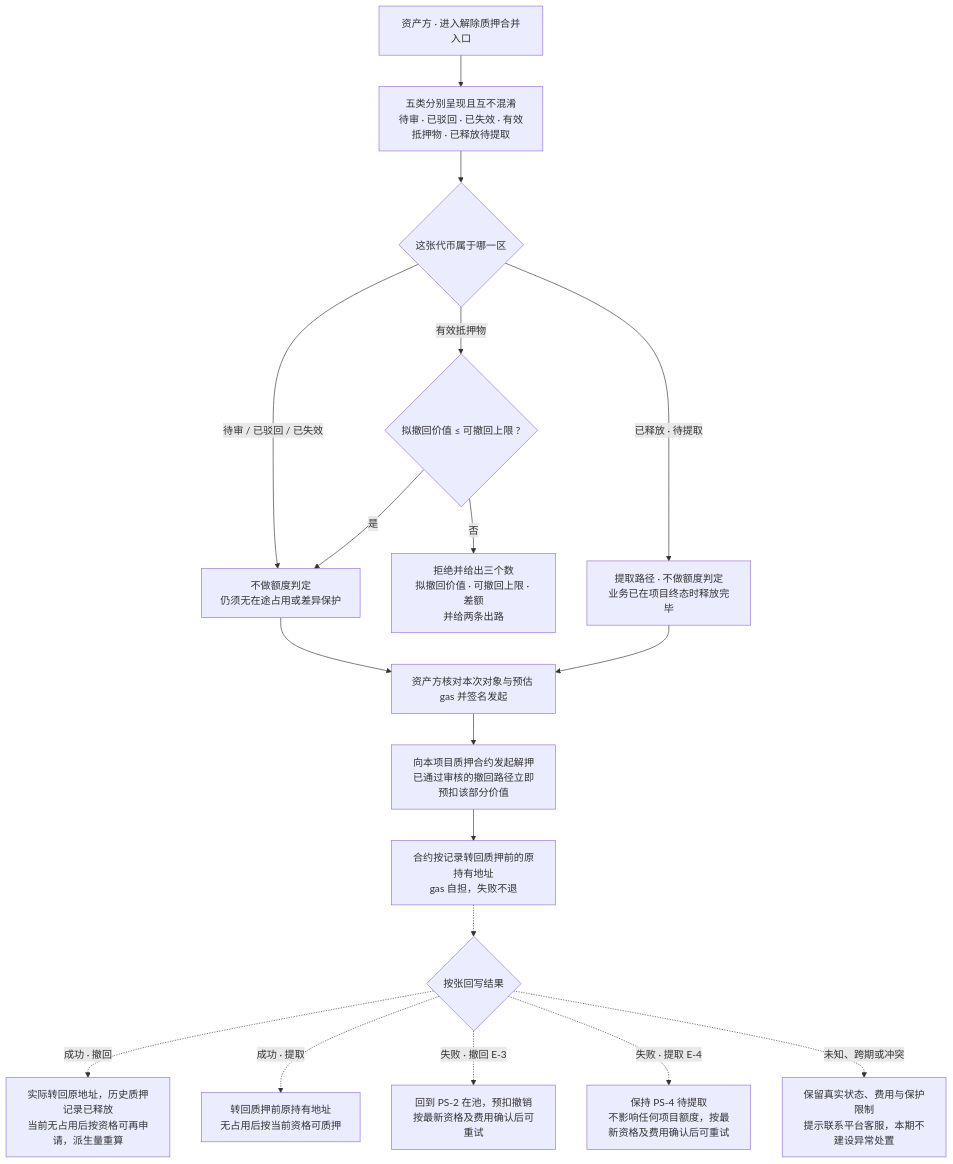
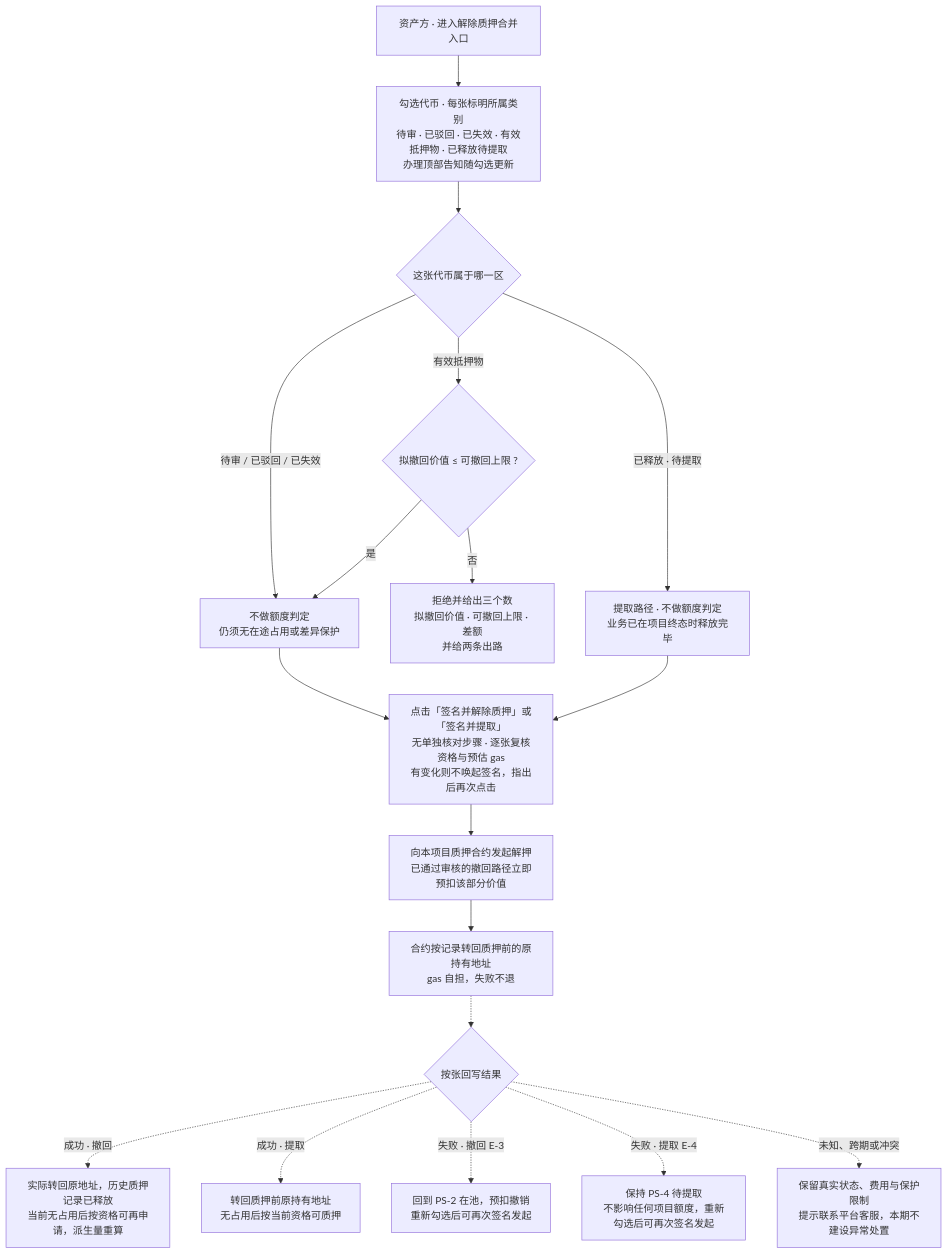
Before and after one commit to wxblockchain/Chain-Financing: the third of 10 diagrams in lending-platform/PRD/面客端/05-借贷广场-融资需求与代币质押/02-融资需求与代币质押-流程图与状态机.md, drawn with Mermaid. The commit also changed other lines of this file and 1 other file, not shown here.

Commit message:
docs(WS-397): one-step "sign and release" / "sign and collect", Q-LS-14 for the publish-stage available amount
- D-LS-70: release and collection follow the pledge pattern. Picking tokens and
  signing happen in one step; the notice at the top carries selection, gas,
  target contract, return address and, before closure, the live limit check.
  Over-limit shows the three figures and two ways out. The frequent-operation
  hint stays. An eligibility change pauses before signing. A limit shortfall on
  valid collateral never blocks the other categories.
- AC-LS-36 reworded; AC-LS-166~168 added; release flowchart and the shared
  handling flow aligned.
- Q-LS-14 (pending user ruling): V5 shows the available amount in the publish
  stage, which F-LS-18 currently keeps off the permanent view.

````diff
--- a/lending-platform/PRD/面客端/05-借贷广场-融资需求与代币质押/02-融资需求与代币质押-流程图与状态机.md
+++ b/lending-platform/PRD/面客端/05-借贷广场-融资需求与代币质押/02-融资需求与代币质押-流程图与状态机.md
@@ -101,20 +101,20 @@
 ```mermaid
 flowchart TD
-  A["资产方 · 进入解除质押合并入口"] --> B["五类分别呈现且互不混淆<br/>待审 · 已驳回 · 已失效 · 有效抵押物 · 已释放待提取"]
+  A["资产方 · 进入解除质押合并入口"] --> B["勾选代币 · 每张标明所属类别<br/>待审 · 已驳回 · 已失效 · 有效抵押物 · 已释放待提取<br/>办理顶部告知随勾选更新"]
   B --> C{"这张代币属于哪一区"}
   C -- "待审 / 已驳回 / 已失效" --> D["不做额度判定<br/>仍须无在途占用或差异保护"]
   C -- "有效抵押物" --> E{"拟撤回价值 ≤ 可撤回上限 ?"}
   E -- "否" --> F["拒绝并给出三个数<br/>拟撤回价值 · 可撤回上限 · 差额<br/>并给两条出路"]
   E -- "是" --> D
   C -- "已释放 · 待提取" --> G["提取路径 · 不做额度判定<br/>业务已在项目终态时释放完毕"]
-  D --> CONF["资产方核对本次对象与预估 gas 并签名发起"]
+  D --> CONF["点击「签名并解除质押」或「签名并提取」<br/>无单独核对步骤 · 逐张复核资格与预估 gas<br/>有变化则不唤起签名，指出后再次点击"]
   CONF --> H["向本项目质押合约发起解押<br/>已通过审核的撤回路径立即预扣该部分价值"]
   G --> CONF
   H --> I["合约按记录转回质押前的原持有地址<br/>gas 自担，失败不退"]
   I -.-> J{"按张回写结果"}
   J -. "成功 · 撤回" .-> K["实际转回原地址，历史质押记录已释放<br/>当前无占用后按资格可再申请，派生量重算"]
   J -. "成功 · 提取" .-> L["转回质押前原持有地址<br/>无占用后按当前资格可质押"]
-  J -. "失败 · 撤回 E-3" .-> M["回到 PS-2 在池，预扣撤销<br/>按最新资格及费用确认后可重试"]
-  J -. "失败 · 提取 E-4" .-> N["保持 PS-4 待提取<br/>不影响任何项目额度，按最新资格及费用确认后可重试"]
+  J -. "失败 · 撤回 E-3" .-> M["回到 PS-2 在池，预扣撤销<br/>重新勾选后可再次签名发起"]
+  J -. "失败 · 提取 E-4" .-> N["保持 PS-4 待提取<br/>不影响任何项目额度，重新勾选后可再次签名发起"]
   J -. "未知、跨期或冲突" .-> O["保留真实状态、费用与保护限制<br/>提示联系平台客服，本期不建设异常处置"]
 ```
````
